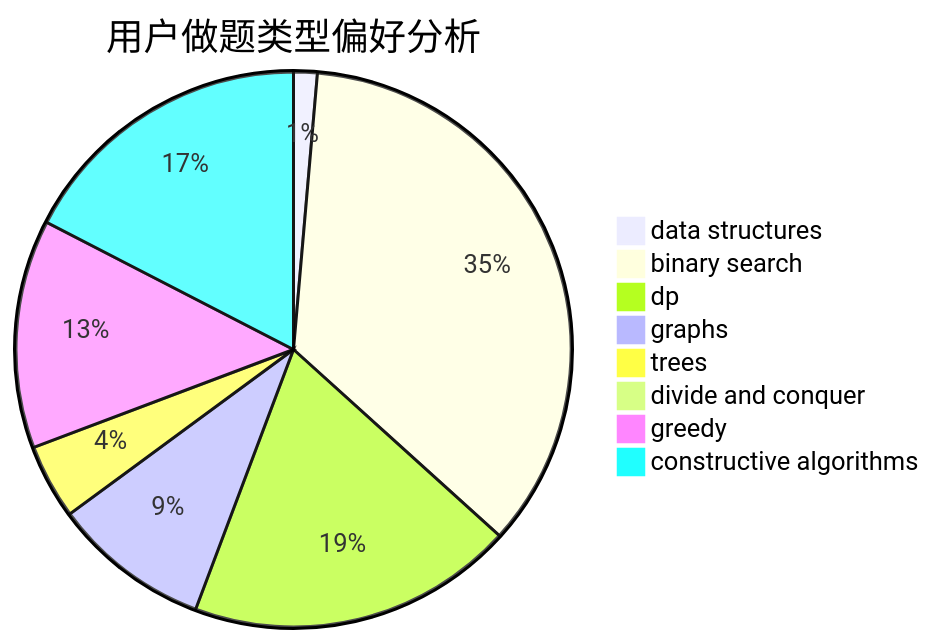
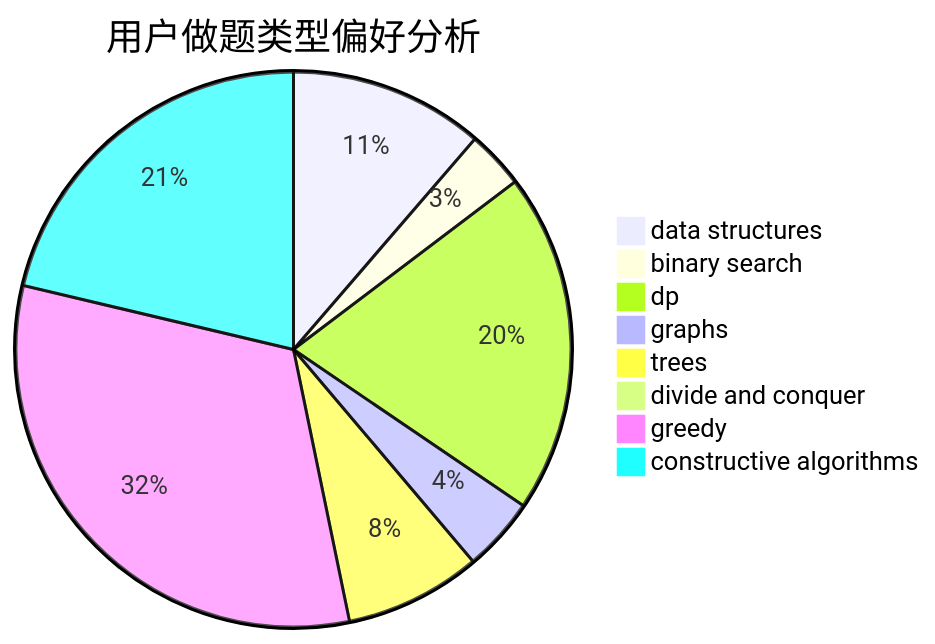
One commit to sherpahu/cfrs.github.io changed the second of 3 diagrams in docs/user/u1418.md. Above: the diagram before and after it, drawn with Mermaid. The commit also changed other lines of this file and 2770 other files, not shown here.

````diff
--- a/docs/user/u1418.md
+++ b/docs/user/u1418.md
@@ -23,11 +23,11 @@
 ```mermaid
 pie title 用户做题类型偏好分析
-    "data structures" :  6
-    "binary search" :  154
-    "dp" :  83
-    "graphs" :  40
-    "trees" :  19
-    "divide and conquer" :  0
-    "greedy" :  58
-    "constructive algorithms" :  76
+    "data structures" :  84
+    "binary search" :  25
+    "dp" :  147
+    "graphs" :  32
+    "trees" :  59
+    "divide and conquer" :  7
+    "greedy" :  237
+    "constructive algorithms" :  158
 ```
````
